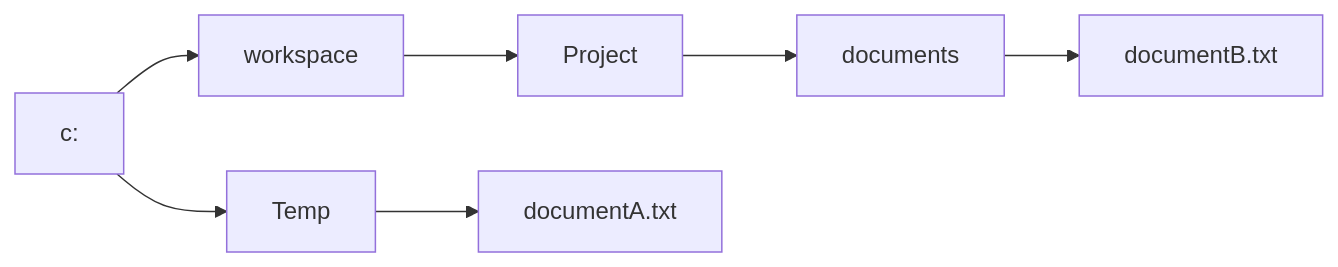
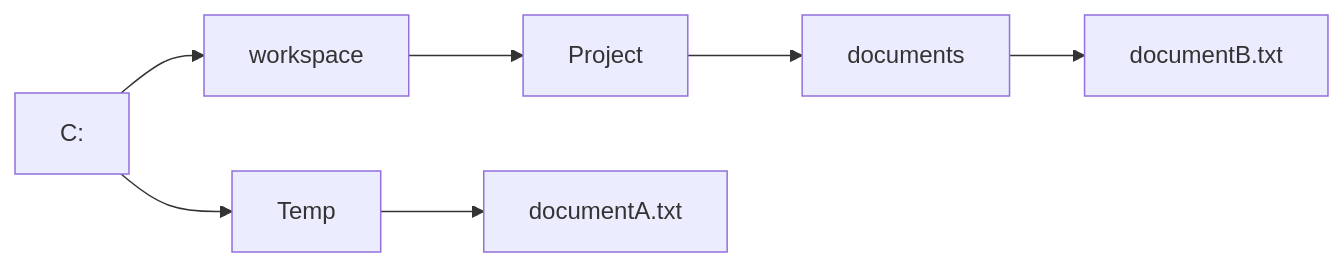
One commit to jappuccini/java-docs changed the diagram in docs/documentation/java-api/files.md. Above: the diagram before and after it, drawn with Mermaid. The commit also changed other lines of this file, not shown here.

````diff
--- a/docs/documentation/java-api/files.md
+++ b/docs/documentation/java-api/files.md
@@ -40,9 +40,9 @@
 ```mermaid
 flowchart LR
-    c[c:] --> workspace
+    c[C:] --> workspace
     c --> temp[Temp]
     workspace[workspace] --> project
     temp --> documentA[documentA.txt]
     project[Project] --> documents        
     documents[documents] --> documentB[documentB.txt]
 ```
````
